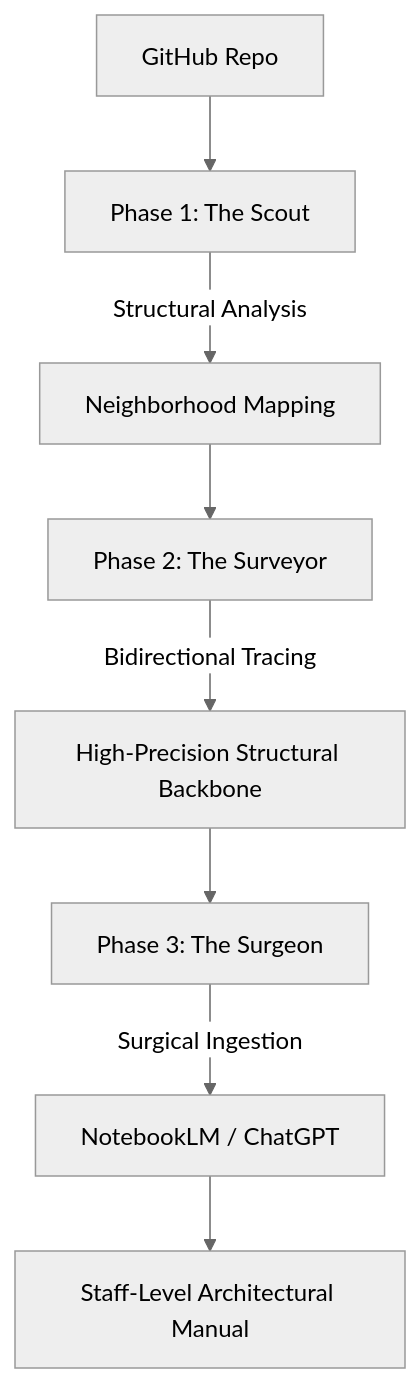
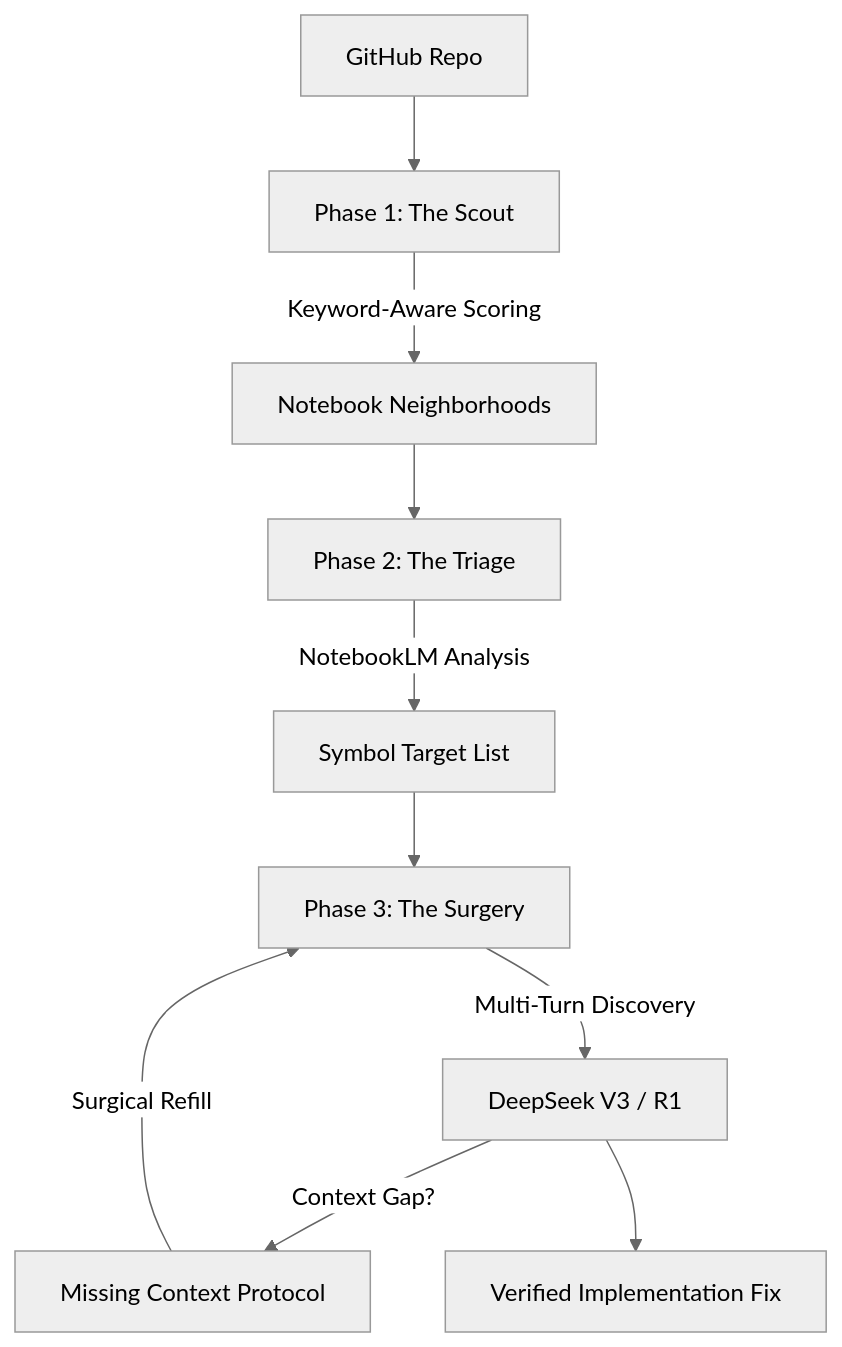
Before and after one commit to jaadu611/repoorbit: the diagram in README.md, drawn with Mermaid (neutral theme). The commit also changed other lines of this file and 6 other files, not shown here.

Commit message:
feat: implement NotebookLM triage phase, improve file relevance scoring with directory co-location, and optimize source file bundling.

````diff
--- a/README.md
+++ b/README.md
@@ -9,10 +9,12 @@
 ```mermaid
 graph TD
     A[GitHub Repo] --> B[Phase 1: The Scout]
-    B -->|Structural Analysis| C[Neighborhood Mapping]
-    C --> D[Phase 2: The Surveyor]
-    D -->|Bidirectional Tracing| E[High-Precision Structural Backbone]
-    E --> F[Phase 3: The Surgeon]
-    F -->|Surgical Ingestion| G[NotebookLM / ChatGPT]
-    G --> H[Staff-Level Architectural Manual]
+    B -->|Keyword-Aware Scoring| C[Notebook Neighborhoods]
+    C --> D[Phase 2: The Triage]
+    D -->|NotebookLM Analysis| E[Symbol Target List]
+    E --> F[Phase 3: The Surgery]
+    F -->|Multi-Turn Discovery| G[DeepSeek V3 / R1]
+    G -->|Context Gap?| H[Missing Context Protocol]
+    H -->|Surgical Refill| F
+    G --> I[Verified Implementation Fix]
 ```
````
